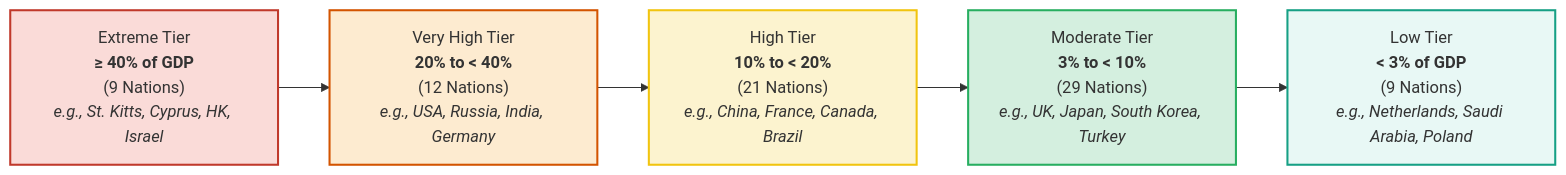
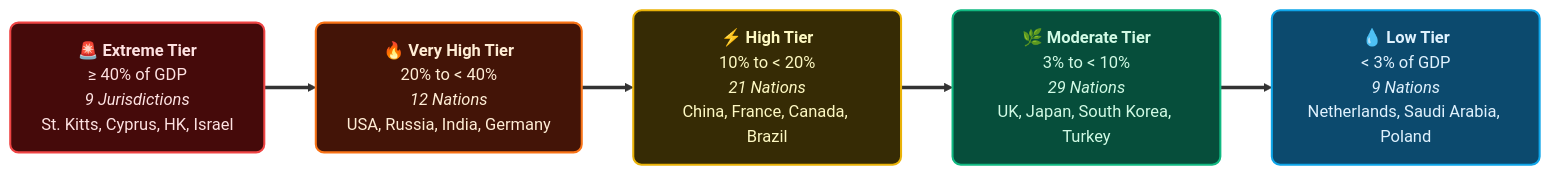
The third of 4 diagrams in README.md (Sohila-Khaled-Abbas/Global-Billionaire-Wealth-2026), drawn with Mermaid before and after one commit. The commit also changed other lines of this file and 3 other files, not shown here.

````diff
--- a/README.md
+++ b/README.md
@@ -218,16 +212,17 @@
 ```mermaid
 flowchart LR
-    Tier1["Extreme Tier<br/><b>≥ 40% of GDP</b><br/>(9 Nations)<br/><i>e.g., St. Kitts, Cyprus, HK, Israel</i>"]
-    Tier2["Very High Tier<br/><b>20% to < 40%</b><br/>(12 Nations)<br/><i>e.g., USA, Russia, India, Germany</i>"]
-    Tier3["High Tier<br/><b>10% to < 20%</b><br/>(21 Nations)<br/><i>e.g., China, France, Canada, Brazil</i>"]
-    Tier4["Moderate Tier<br/><b>3% to < 10%</b><br/>(29 Nations)<br/><i>e.g., UK, Japan, South Korea, Turkey</i>"]
-    Tier5["Low Tier<br/><b>< 3% of GDP</b><br/>(9 Nations)<br/><i>e.g., Netherlands, Saudi Arabia, Poland</i>"]
+    %% Modern tier nodes
+    classDef extreme fill:#450A0A,stroke:#EF4444,stroke-width:2px,color:#FEE2E2,rx:8,ry:8;
+    classDef veryHigh fill:#431407,stroke:#F97316,stroke-width:2px,color:#FFEDD5,rx:8,ry:8;
+    classDef high fill:#362B05,stroke:#EAB308,stroke-width:2px,color:#FEF9C3,rx:8,ry:8;
+    classDef moderate fill:#064E3B,stroke:#10B981,stroke-width:2px,color:#D1FAE5,rx:8,ry:8;
+    classDef low fill:#0C4A6E,stroke:#0EA5E9,stroke-width:2px,color:#E0F2FE,rx:8,ry:8;
 
-    Tier1 --> Tier2 --> Tier3 --> Tier4 --> Tier5
+    T1["🚨 <b>Extreme Tier</b><br/>≥ 40% of GDP<br/><i>9 Jurisdictions</i><br/>St. Kitts, Cyprus, HK, Israel"]:::extreme
+    T2["🔥 <b>Very High Tier</b><br/>20% to < 40%<br/><i>12 Nations</i><br/>USA, Russia, India, Germany"]:::veryHigh
+    T3["⚡ <b>High Tier</b><br/>10% to < 20%<br/><i>21 Nations</i><br/>China, France, Canada, Brazil"]:::high
+    T4["🌿 <b>Moderate Tier</b><br/>3% to < 10%<br/><i>29 Nations</i><br/>UK, Japan, South Korea, Turkey"]:::moderate
+    T5["💧 <b>Low Tier</b><br/>< 3% of GDP<br/><i>9 Nations</i><br/>Netherlands, Saudi Arabia, Poland"]:::low
 
-    style Tier1 fill:#FADBD8,stroke:#C0392B,stroke-width:2px;
-    style Tier2 fill:#FDEBD0,stroke:#D35400,stroke-width:2px;
-    style Tier3 fill:#FCF3CF,stroke:#F1C40F,stroke-width:2px;
-    style Tier4 fill:#D4EFDF,stroke:#27AE60,stroke-width:2px;
-    style Tier5 fill:#E8F8F5,stroke:#16A085,stroke-width:2px;
+    T1 ==> T2 ==> T3 ==> T4 ==> T5
 ```
````
